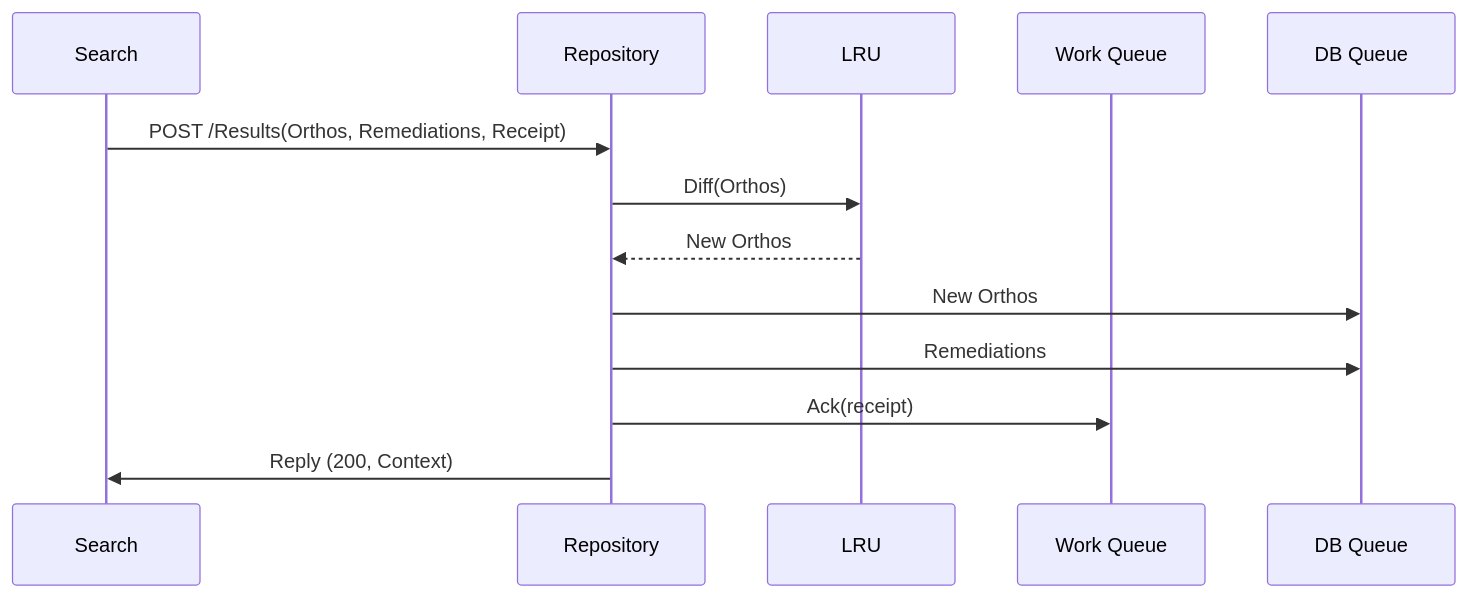
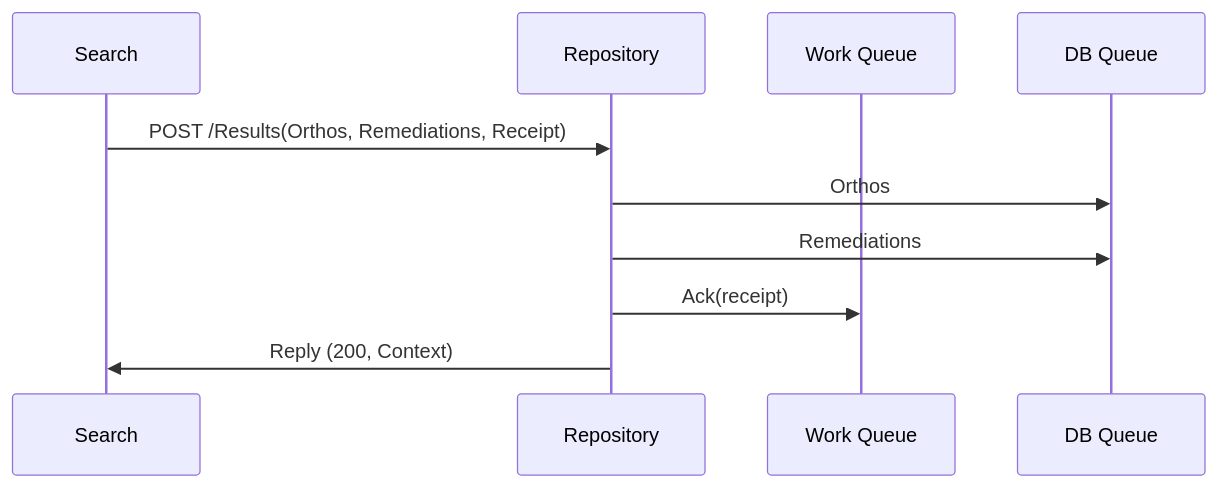
One commit to michaelrauh/crochet changed the diagram in design/post_results.md. Above: the diagram before and after it, drawn with Mermaid. The commit also changed 2 other files, not shown here.

Commit message:
update design - remove LRU, add note on sharding, refine approach for feeder

````diff
--- a/design/post_results.md
+++ b/design/post_results.md
@@ -1,15 +1,12 @@
 ```mermaid
 sequenceDiagram
     participant Search
     participant Repository
-    participant LRU 
     participant Work Queue 
     participant DB Queue
     Search->>Repository: POST /Results(Orthos, Remediations, Receipt)
-    Repository->>LRU: Diff(Orthos) 
-    LRU-->>Repository: New Orthos 
-    Repository->>DB Queue: New Orthos
+    Repository->>DB Queue: Orthos
     Repository->>DB Queue: Remediations
     Repository->>Work Queue: Ack(receipt) 
     Repository->>Search: Reply (200, Context)    
-```
+``` 
````
